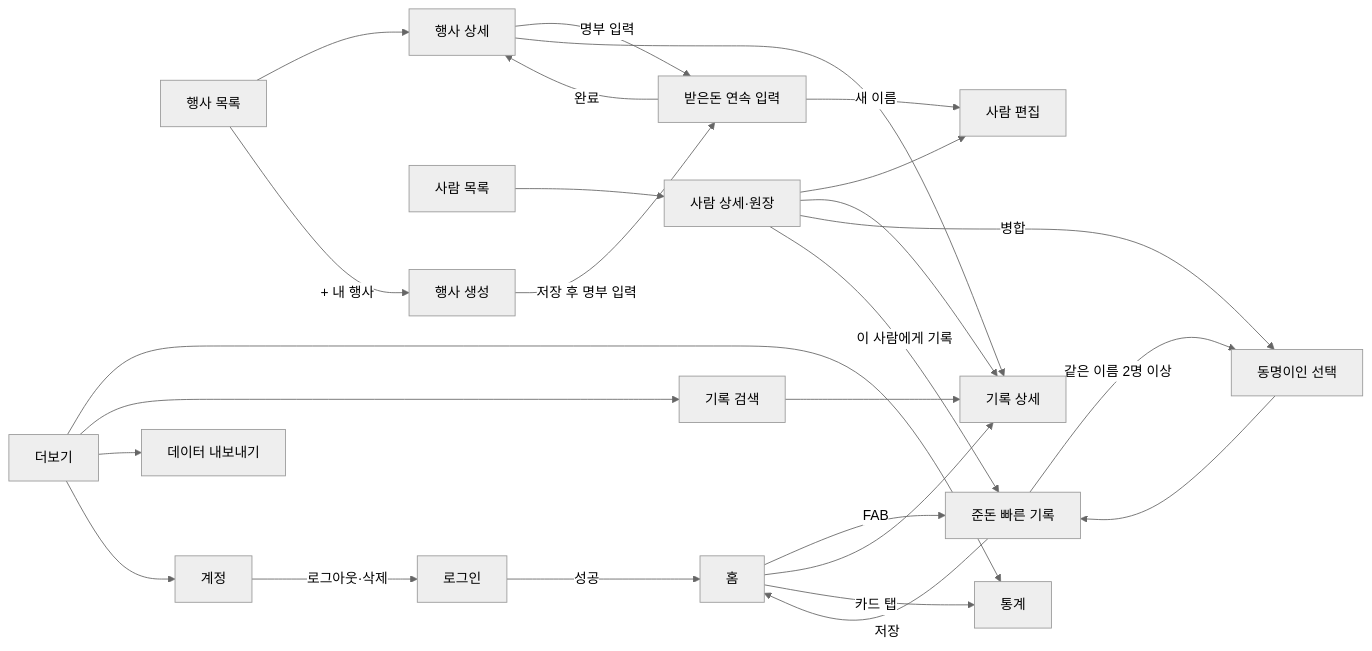
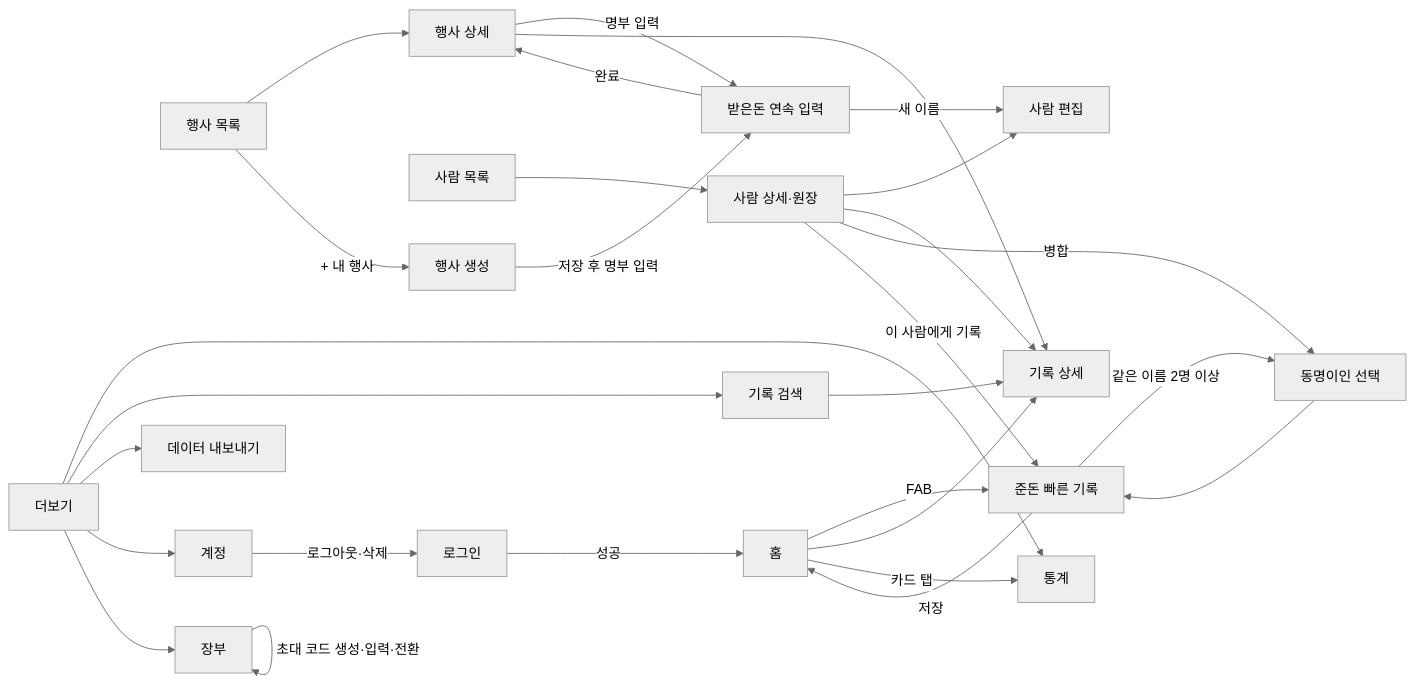
Before and after one commit to cocobanana-spec/returnproject: the diagram in docs/02-prd-phase1.md, drawn with Mermaid (neutral theme). The commit also changed other lines of this file and 5 other files, not shown here.

````diff
--- a/docs/02-prd-phase1.md
+++ b/docs/02-prd-phase1.md
@@ -162,28 +174,30 @@
 ```mermaid
 flowchart LR
     S00[로그인] -->|성공| S01[홈]
     S01 -->|FAB| S02[준돈 빠른 기록]
     S02 -->|저장| S01
     S02 -->|같은 이름 2명 이상| S15[동명이인 선택]
     S15 --> S02
     S01 --> S10[기록 상세]
     S01 -->|카드 탭| S11[통계]
     S03[사람 목록] --> S04[사람 상세·원장]
     S04 --> S05[사람 편집]
     S04 --> S10
     S04 -->|병합| S15
     S04 -->|이 사람에게 기록| S02
     S06[행사 목록] --> S07[행사 상세]
     S06 -->|+ 내 행사| S08[행사 생성]
     S08 -->|저장 후 명부 입력| S09[받은돈 연속 입력]
     S07 -->|명부 입력| S09
     S09 -->|완료| S07
     S09 -->|새 이름| S05
     S07 --> S10
     S13[더보기] --> S11
     S13 --> S12[기록 검색]
     S13 --> S14[데이터 내보내기]
     S13 --> S16[계정]
+    S13 --> S17[장부]
+    S17 -->|초대 코드 생성·입력·전환| S17
     S16 -->|로그아웃·삭제| S00
     S12 --> S10
 ```
````
